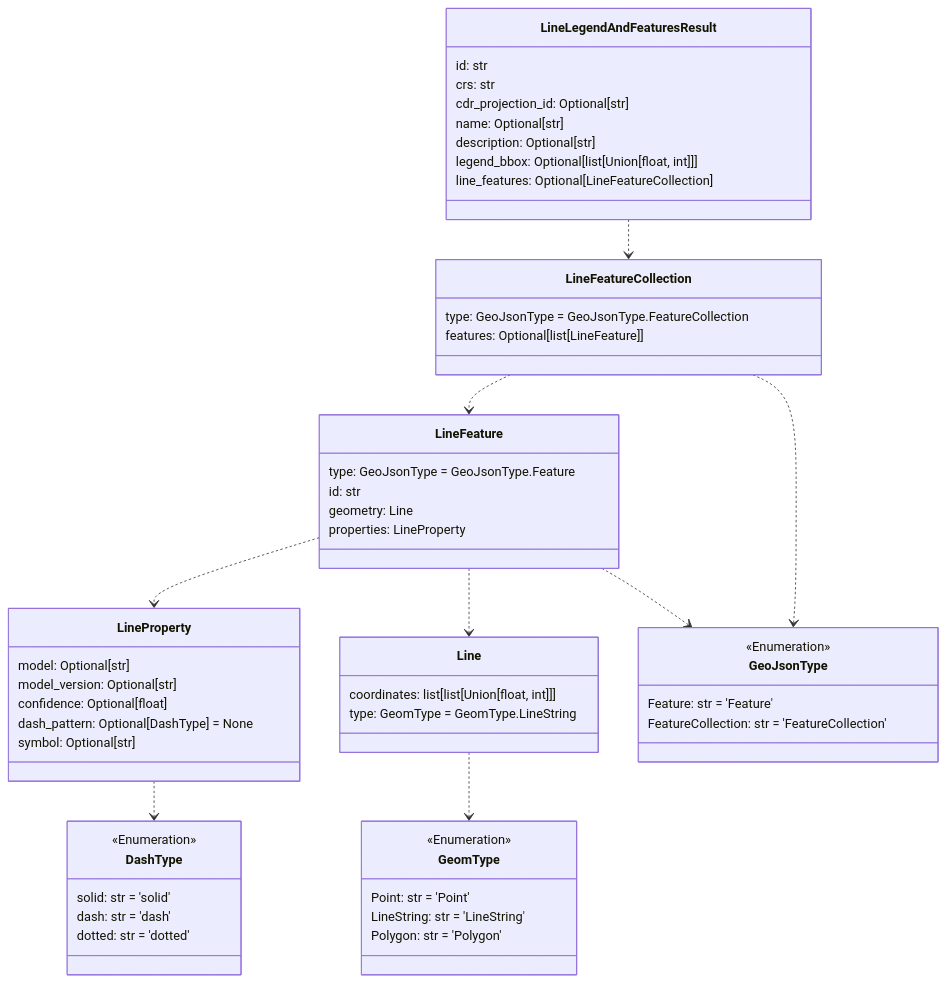
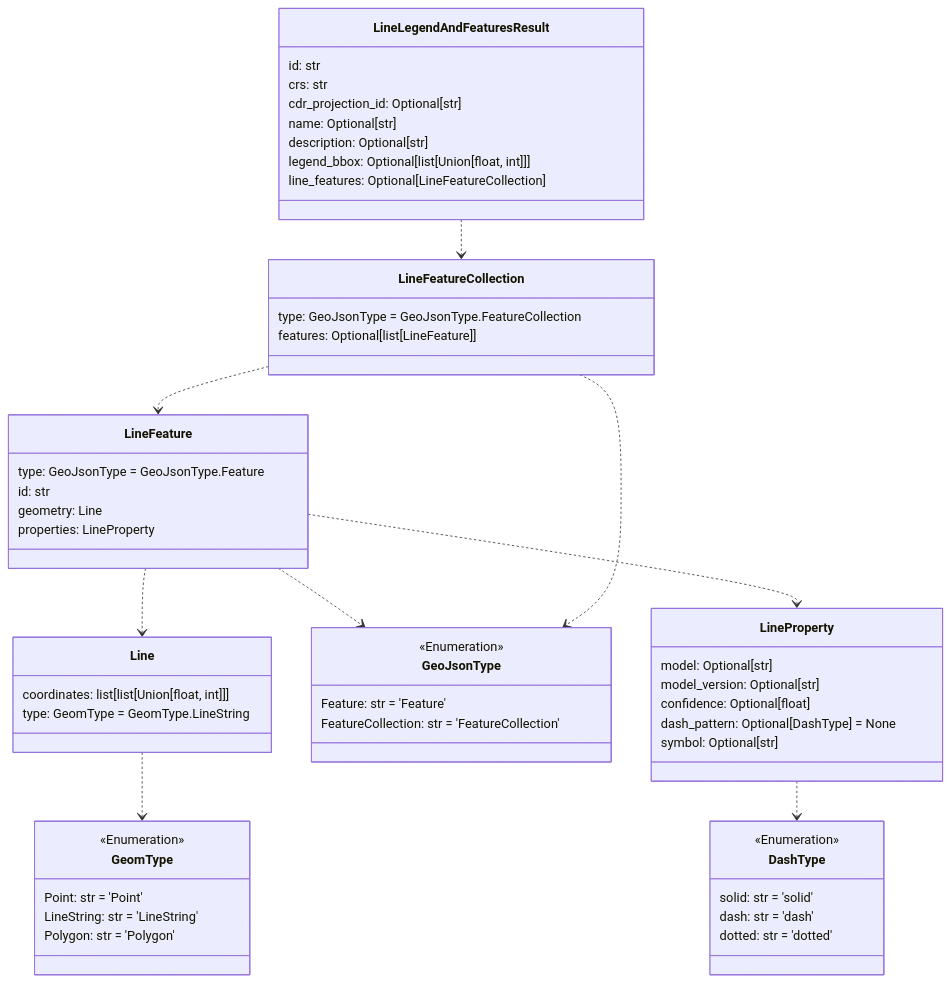
Before and after one commit to DARPA-CRITICALMAAS/cdr_schemas: the sixth of 12 diagrams in README.md, drawn with Mermaid. The commit also changed other lines of this file and 1 other file, not shown here.

Commit message:
doc metadata + upload schema

````diff
--- a/README.md
+++ b/README.md
@@ -395,69 +395,69 @@
 ```mermaid
 classDiagram
 
-    class LineFeature {
-        type: GeoJsonType = GeoJsonType.Feature
-        id: str
-        geometry: Line
-        properties: LineProperty
-    }
-
-    class Line {
-        coordinates: list[list[Union[float, int]]]
-        type: GeomType = GeomType.LineString
-    }
-
-    class LineFeatureCollection {
-        type: GeoJsonType = GeoJsonType.FeatureCollection
-        features: Optional[list[LineFeature]]
-    }
-
-    class GeoJsonType {
-        <<Enumeration>>
-        Feature: str = 'Feature'
-        FeatureCollection: str = 'FeatureCollection'
+    class LineProperty {
+        model: Optional[str]
+        model_version: Optional[str]
+        confidence: Optional[float]
+        dash_pattern: Optional[DashType] = None
+        symbol: Optional[str]
     }
 
     class LineLegendAndFeaturesResult {
         id: str
         crs: str
         cdr_projection_id: Optional[str]
         name: Optional[str]
         description: Optional[str]
         legend_bbox: Optional[list[Union[float, int]]]
         line_features: Optional[LineFeatureCollection]
     }
 
-    class LineProperty {
-        model: Optional[str]
-        model_version: Optional[str]
-        confidence: Optional[float]
-        dash_pattern: Optional[DashType] = None
-        symbol: Optional[str]
+    class GeoJsonType {
+        <<Enumeration>>
+        Feature: str = 'Feature'
+        FeatureCollection: str = 'FeatureCollection'
+    }
+
+    class DashType {
+        <<Enumeration>>
+        solid: str = 'solid'
+        dash: str = 'dash'
+        dotted: str = 'dotted'
+    }
+
+    class Line {
+        coordinates: list[list[Union[float, int]]]
+        type: GeomType = GeomType.LineString
+    }
+
+    class LineFeature {
+        type: GeoJsonType = GeoJsonType.Feature
+        id: str
+        geometry: Line
+        properties: LineProperty
     }
 
     class GeomType {
         <<Enumeration>>
         Point: str = 'Point'
         LineString: str = 'LineString'
         Polygon: str = 'Polygon'
     }
 
-    class DashType {
-        <<Enumeration>>
-        solid: str = 'solid'
-        dash: str = 'dash'
-        dotted: str = 'dotted'
+    class LineFeatureCollection {
+        type: GeoJsonType = GeoJsonType.FeatureCollection
+        features: Optional[list[LineFeature]]
     }
 
     Line ..> GeomType
     LineProperty ..> DashType
-    LineFeature ..> LineProperty
     LineFeature ..> Line
     LineFeature ..> GeoJsonType
+    LineFeature ..> LineProperty
     LineFeatureCollection ..> LineFeature
     LineFeatureCollection ..> GeoJsonType
     LineLegendAndFeaturesResult ..> LineFeatureCollection
 
 
 ```
````
